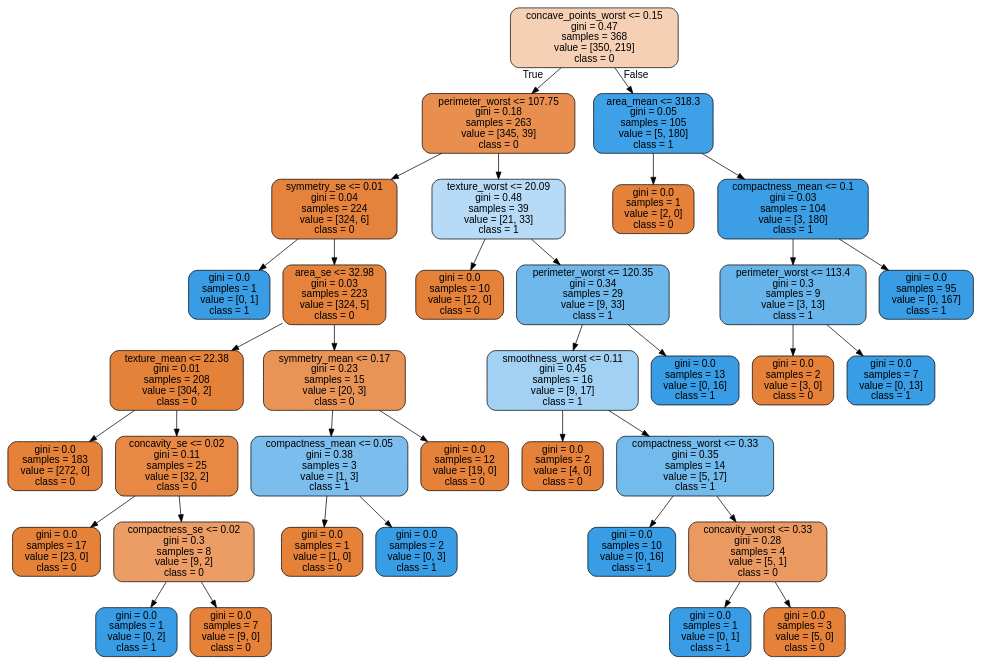
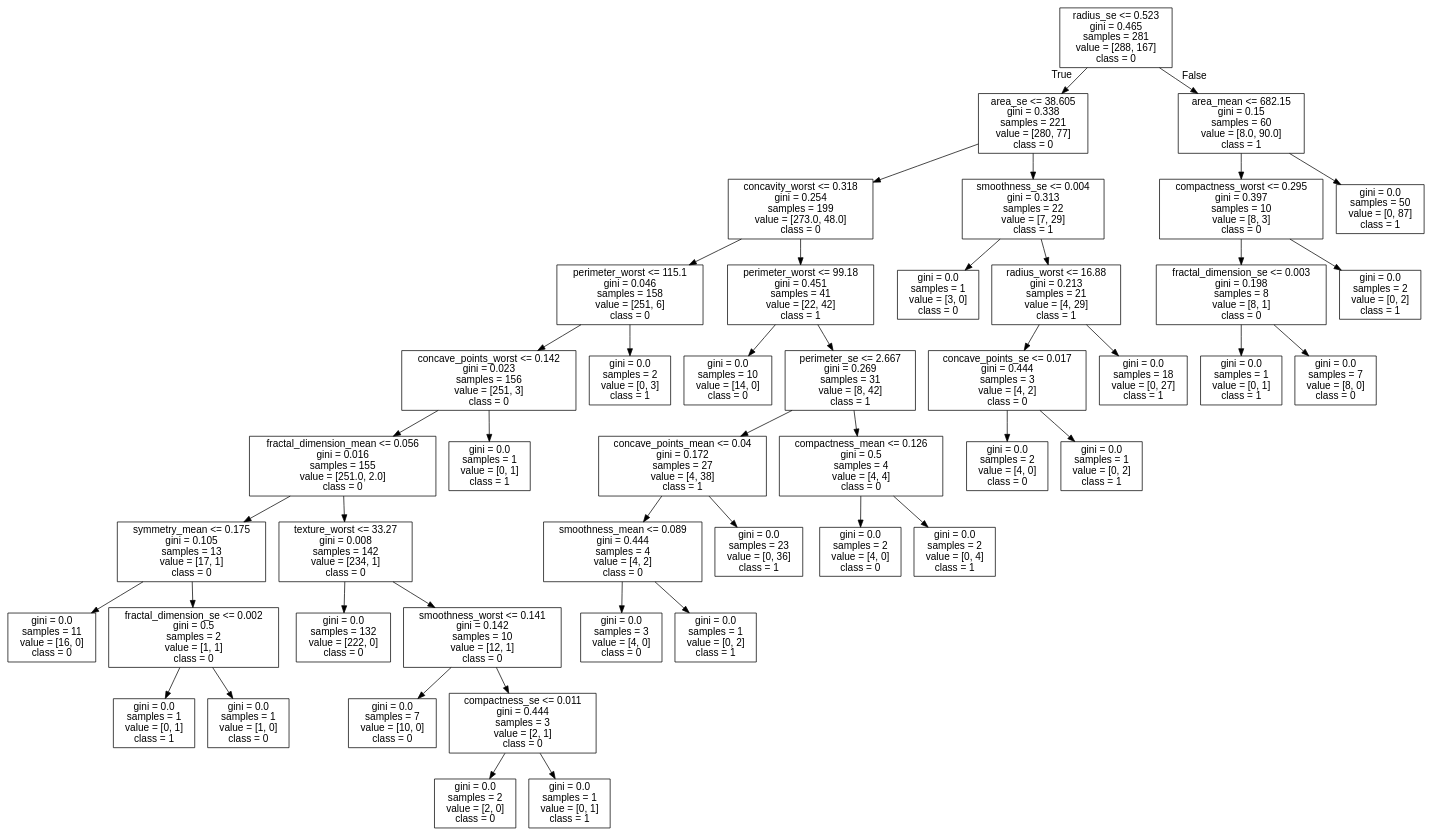
The diagram in data/cancer/tree.dot (cyrilvincent/mlops), drawn with Graphviz before and after one commit. The commit also changed 1 other file, not shown here.

```diff
--- a/data/cancer/tree.dot
+++ b/data/cancer/tree.dot
@@ -1,73 +1,93 @@
 digraph Tree {
-node [shape=box, style="filled, rounded", color="black", fontname="helvetica"] ;
+node [shape=box, fontname="helvetica"] ;
 edge [fontname="helvetica"] ;
-0 [label="concave_points_worst <= 0.15\ngini = 0.47\nsamples = 368\nvalue = [350, 219]\nclass = 0", fillcolor="#f5d0b5"] ;
-1 [label="perimeter_worst <= 107.75\ngini = 0.18\nsamples = 263\nvalue = [345, 39]\nclass = 0", fillcolor="#e88f4f"] ;
+0 [label="radius_se <= 0.523\ngini = 0.465\nsamples = 281\nvalue = [288, 167]\nclass = 0"] ;
+1 [label="area_se <= 38.605\ngini = 0.338\nsamples = 221\nvalue = [280, 77]\nclass = 0"] ;
 0 -> 1 [labeldistance=2.5, labelangle=45, headlabel="True"] ;
-2 [label="symmetry_se <= 0.01\ngini = 0.04\nsamples = 224\nvalue = [324, 6]\nclass = 0", fillcolor="#e5833d"] ;
+2 [label="concavity_worst <= 0.318\ngini = 0.254\nsamples = 199\nvalue = [273.0, 48.0]\nclass = 0"] ;
 1 -> 2 ;
-3 [label="gini = 0.0\nsamples = 1\nvalue = [0, 1]\nclass = 1", fillcolor="#399de5"] ;
+3 [label="perimeter_worst <= 115.1\ngini = 0.046\nsamples = 158\nvalue = [251, 6]\nclass = 0"] ;
 2 -> 3 ;
-4 [label="area_se <= 32.98\ngini = 0.03\nsamples = 223\nvalue = [324, 5]\nclass = 0", fillcolor="#e5833c"] ;
-2 -> 4 ;
-5 [label="texture_mean <= 22.38\ngini = 0.01\nsamples = 208\nvalue = [304, 2]\nclass = 0", fillcolor="#e5823a"] ;
+4 [label="concave_points_worst <= 0.142\ngini = 0.023\nsamples = 156\nvalue = [251, 3]\nclass = 0"] ;
+3 -> 4 ;
+5 [label="fractal_dimension_mean <= 0.056\ngini = 0.016\nsamples = 155\nvalue = [251.0, 2.0]\nclass = 0"] ;
 4 -> 5 ;
-6 [label="gini = 0.0\nsamples = 183\nvalue = [272, 0]\nclass = 0", fillcolor="#e58139"] ;
+6 [label="symmetry_mean <= 0.175\ngini = 0.105\nsamples = 13\nvalue = [17, 1]\nclass = 0"] ;
 5 -> 6 ;
-7 [label="concavity_se <= 0.02\ngini = 0.11\nsamples = 25\nvalue = [32, 2]\nclass = 0", fillcolor="#e78945"] ;
-5 -> 7 ;
-8 [label="gini = 0.0\nsamples = 17\nvalue = [23, 0]\nclass = 0", fillcolor="#e58139"] ;
-7 -> 8 ;
-9 [label="compactness_se <= 0.02\ngini = 0.3\nsamples = 8\nvalue = [9, 2]\nclass = 0", fillcolor="#eb9d65"] ;
-7 -> 9 ;
-10 [label="gini = 0.0\nsamples = 1\nvalue = [0, 2]\nclass = 1", fillcolor="#399de5"] ;
-9 -> 10 ;
-11 [label="gini = 0.0\nsamples = 7\nvalue = [9, 0]\nclass = 0", fillcolor="#e58139"] ;
-9 -> 11 ;
-12 [label="symmetry_mean <= 0.17\ngini = 0.23\nsamples = 15\nvalue = [20, 3]\nclass = 0", fillcolor="#e99457"] ;
-4 -> 12 ;
-13 [label="compactness_mean <= 0.05\ngini = 0.38\nsamples = 3\nvalue = [1, 3]\nclass = 1", fillcolor="#7bbeee"] ;
-12 -> 13 ;
-14 [label="gini = 0.0\nsamples = 1\nvalue = [1, 0]\nclass = 0", fillcolor="#e58139"] ;
+7 [label="gini = 0.0\nsamples = 11\nvalue = [16, 0]\nclass = 0"] ;
+6 -> 7 ;
+8 [label="fractal_dimension_se <= 0.002\ngini = 0.5\nsamples = 2\nvalue = [1, 1]\nclass = 0"] ;
+6 -> 8 ;
+9 [label="gini = 0.0\nsamples = 1\nvalue = [0, 1]\nclass = 1"] ;
+8 -> 9 ;
+10 [label="gini = 0.0\nsamples = 1\nvalue = [1, 0]\nclass = 0"] ;
+8 -> 10 ;
+11 [label="texture_worst <= 33.27\ngini = 0.008\nsamples = 142\nvalue = [234, 1]\nclass = 0"] ;
+5 -> 11 ;
+12 [label="gini = 0.0\nsamples = 132\nvalue = [222, 0]\nclass = 0"] ;
+11 -> 12 ;
+13 [label="smoothness_worst <= 0.141\ngini = 0.142\nsamples = 10\nvalue = [12, 1]\nclass = 0"] ;
+11 -> 13 ;
+14 [label="gini = 0.0\nsamples = 7\nvalue = [10, 0]\nclass = 0"] ;
 13 -> 14 ;
-15 [label="gini = 0.0\nsamples = 2\nvalue = [0, 3]\nclass = 1", fillcolor="#399de5"] ;
+15 [label="compactness_se <= 0.011\ngini = 0.444\nsamples = 3\nvalue = [2, 1]\nclass = 0"] ;
 13 -> 15 ;
-16 [label="gini = 0.0\nsamples = 12\nvalue = [19, 0]\nclass = 0", fillcolor="#e58139"] ;
-12 -> 16 ;
-17 [label="texture_worst <= 20.09\ngini = 0.48\nsamples = 39\nvalue = [21, 33]\nclass = 1", fillcolor="#b7dbf6"] ;
-1 -> 17 ;
-18 [label="gini = 0.0\nsamples = 10\nvalue = [12, 0]\nclass = 0", fillcolor="#e58139"] ;
-17 -> 18 ;
-19 [label="perimeter_worst <= 120.35\ngini = 0.34\nsamples = 29\nvalue = [9, 33]\nclass = 1", fillcolor="#6fb8ec"] ;
-17 -> 19 ;
-20 [label="smoothness_worst <= 0.11\ngini = 0.45\nsamples = 16\nvalue = [9, 17]\nclass = 1", fillcolor="#a2d1f3"] ;
-19 -> 20 ;
-21 [label="gini = 0.0\nsamples = 2\nvalue = [4, 0]\nclass = 0", fillcolor="#e58139"] ;
+16 [label="gini = 0.0\nsamples = 2\nvalue = [2, 0]\nclass = 0"] ;
+15 -> 16 ;
+17 [label="gini = 0.0\nsamples = 1\nvalue = [0, 1]\nclass = 1"] ;
+15 -> 17 ;
+18 [label="gini = 0.0\nsamples = 1\nvalue = [0, 1]\nclass = 1"] ;
+4 -> 18 ;
+19 [label="gini = 0.0\nsamples = 2\nvalue = [0, 3]\nclass = 1"] ;
+3 -> 19 ;
+20 [label="perimeter_worst <= 99.18\ngini = 0.451\nsamples = 41\nvalue = [22, 42]\nclass = 1"] ;
+2 -> 20 ;
+21 [label="gini = 0.0\nsamples = 10\nvalue = [14, 0]\nclass = 0"] ;
 20 -> 21 ;
-22 [label="compactness_worst <= 0.33\ngini = 0.35\nsamples = 14\nvalue = [5, 17]\nclass = 1", fillcolor="#73baed"] ;
+22 [label="perimeter_se <= 2.667\ngini = 0.269\nsamples = 31\nvalue = [8, 42]\nclass = 1"] ;
 20 -> 22 ;
-23 [label="gini = 0.0\nsamples = 10\nvalue = [0, 16]\nclass = 1", fillcolor="#399de5"] ;
+23 [label="concave_points_mean <= 0.04\ngini = 0.172\nsamples = 27\nvalue = [4, 38]\nclass = 1"] ;
 22 -> 23 ;
-24 [label="concavity_worst <= 0.33\ngini = 0.28\nsamples = 4\nvalue = [5, 1]\nclass = 0", fillcolor="#ea9a61"] ;
-22 -> 24 ;
-25 [label="gini = 0.0\nsamples = 1\nvalue = [0, 1]\nclass = 1", fillcolor="#399de5"] ;
+24 [label="smoothness_mean <= 0.089\ngini = 0.444\nsamples = 4\nvalue = [4, 2]\nclass = 0"] ;
+23 -> 24 ;
+25 [label="gini = 0.0\nsamples = 3\nvalue = [4, 0]\nclass = 0"] ;
 24 -> 25 ;
-26 [label="gini = 0.0\nsamples = 3\nvalue = [5, 0]\nclass = 0", fillcolor="#e58139"] ;
+26 [label="gini = 0.0\nsamples = 1\nvalue = [0, 2]\nclass = 1"] ;
 24 -> 26 ;
-27 [label="gini = 0.0\nsamples = 13\nvalue = [0, 16]\nclass = 1", fillcolor="#399de5"] ;
-19 -> 27 ;
-28 [label="area_mean <= 318.3\ngini = 0.05\nsamples = 105\nvalue = [5, 180]\nclass = 1", fillcolor="#3ea0e6"] ;
-0 -> 28 [labeldistance=2.5, labelangle=-45, headlabel="False"] ;
-29 [label="gini = 0.0\nsamples = 1\nvalue = [2, 0]\nclass = 0", fillcolor="#e58139"] ;
+27 [label="gini = 0.0\nsamples = 23\nvalue = [0, 36]\nclass = 1"] ;
+23 -> 27 ;
+28 [label="compactness_mean <= 0.126\ngini = 0.5\nsamples = 4\nvalue = [4, 4]\nclass = 0"] ;
+22 -> 28 ;
+29 [label="gini = 0.0\nsamples = 2\nvalue = [4, 0]\nclass = 0"] ;
 28 -> 29 ;
-30 [label="compactness_mean <= 0.1\ngini = 0.03\nsamples = 104\nvalue = [3, 180]\nclass = 1", fillcolor="#3c9fe5"] ;
+30 [label="gini = 0.0\nsamples = 2\nvalue = [0, 4]\nclass = 1"] ;
 28 -> 30 ;
-31 [label="perimeter_worst <= 113.4\ngini = 0.3\nsamples = 9\nvalue = [3, 13]\nclass = 1", fillcolor="#67b4eb"] ;
-30 -> 31 ;
-32 [label="gini = 0.0\nsamples = 2\nvalue = [3, 0]\nclass = 0", fillcolor="#e58139"] ;
+31 [label="smoothness_se <= 0.004\ngini = 0.313\nsamples = 22\nvalue = [7, 29]\nclass = 1"] ;
+1 -> 31 ;
+32 [label="gini = 0.0\nsamples = 1\nvalue = [3, 0]\nclass = 0"] ;
 31 -> 32 ;
-33 [label="gini = 0.0\nsamples = 7\nvalue = [0, 13]\nclass = 1", fillcolor="#399de5"] ;
+33 [label="radius_worst <= 16.88\ngini = 0.213\nsamples = 21\nvalue = [4, 29]\nclass = 1"] ;
 31 -> 33 ;
-34 [label="gini = 0.0\nsamples = 95\nvalue = [0, 167]\nclass = 1", fillcolor="#399de5"] ;
-30 -> 34 ;
+34 [label="concave_points_se <= 0.017\ngini = 0.444\nsamples = 3\nvalue = [4, 2]\nclass = 0"] ;
+33 -> 34 ;
+35 [label="gini = 0.0\nsamples = 2\nvalue = [4, 0]\nclass = 0"] ;
+34 -> 35 ;
+36 [label="gini = 0.0\nsamples = 1\nvalue = [0, 2]\nclass = 1"] ;
+34 -> 36 ;
+37 [label="gini = 0.0\nsamples = 18\nvalue = [0, 27]\nclass = 1"] ;
+33 -> 37 ;
+38 [label="area_mean <= 682.15\ngini = 0.15\nsamples = 60\nvalue = [8.0, 90.0]\nclass = 1"] ;
+0 -> 38 [labeldistance=2.5, labelangle=-45, headlabel="False"] ;
+39 [label="compactness_worst <= 0.295\ngini = 0.397\nsamples = 10\nvalue = [8, 3]\nclass = 0"] ;
+38 -> 39 ;
+40 [label="fractal_dimension_se <= 0.003\ngini = 0.198\nsamples = 8\nvalue = [8, 1]\nclass = 0"] ;
+39 -> 40 ;
+41 [label="gini = 0.0\nsamples = 1\nvalue = [0, 1]\nclass = 1"] ;
+40 -> 41 ;
+42 [label="gini = 0.0\nsamples = 7\nvalue = [8, 0]\nclass = 0"] ;
+40 -> 42 ;
+43 [label="gini = 0.0\nsamples = 2\nvalue = [0, 2]\nclass = 1"] ;
+39 -> 43 ;
+44 [label="gini = 0.0\nsamples = 50\nvalue = [0, 87]\nclass = 1"] ;
+38 -> 44 ;
 }
```
